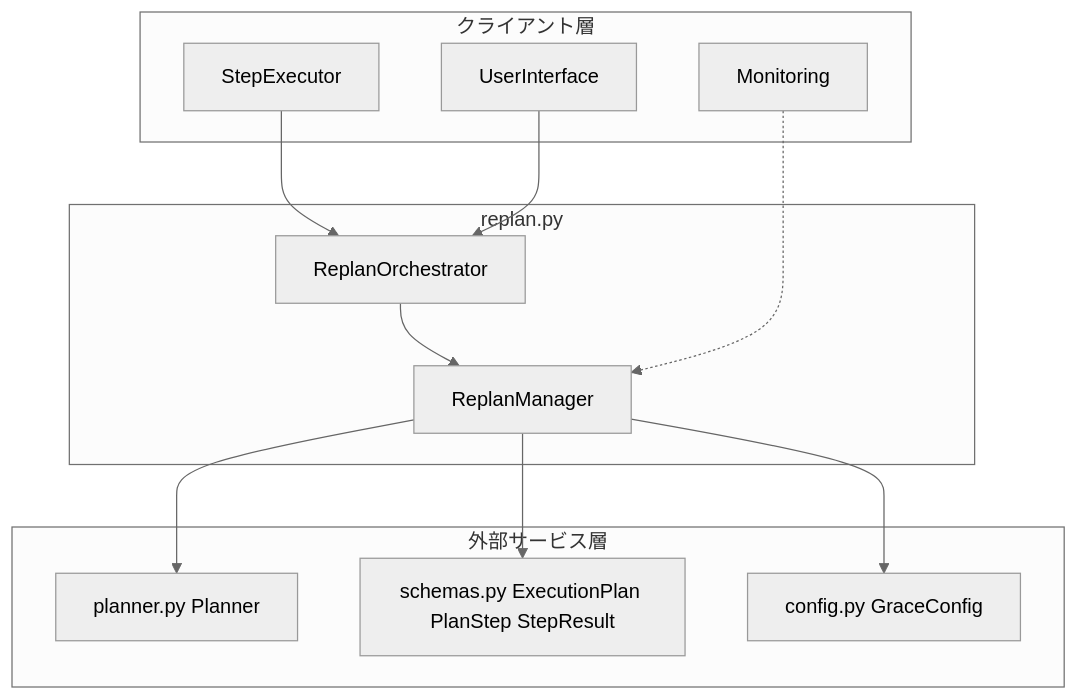
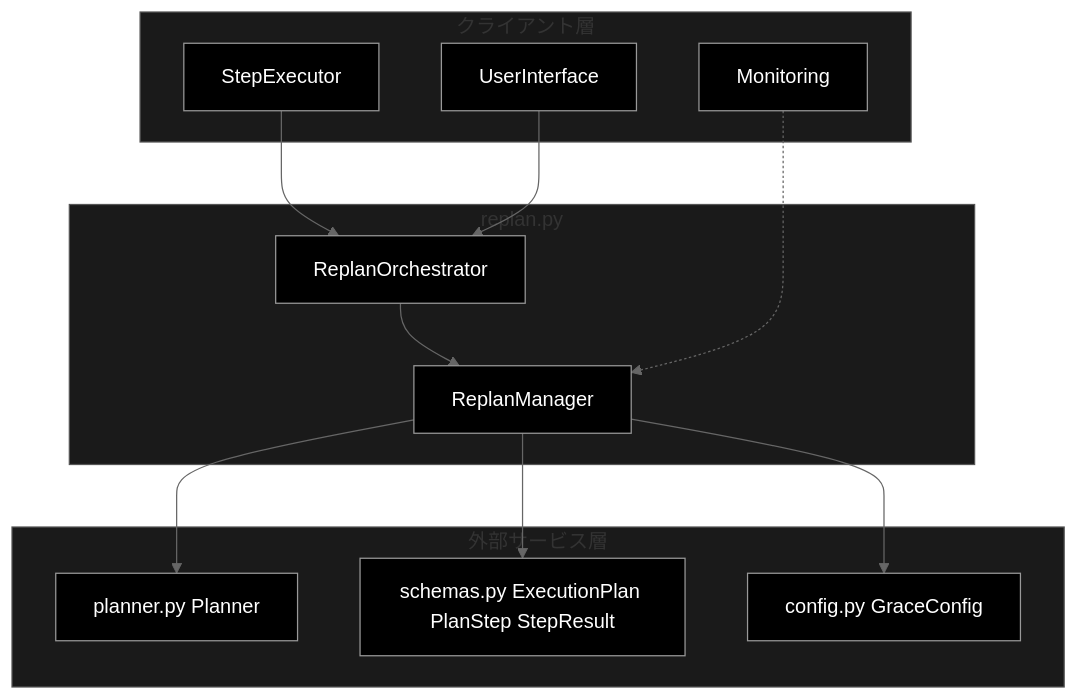
One commit to nakashima2toshio/anthropic_grace_agent changed the first of 3 diagrams in grace/doc/replan.md. Above: the diagram before and after it, drawn with Mermaid (neutral theme). The commit also changed other lines of this file and 18 other files, not shown here.

````diff
--- a/grace/doc/replan.md
+++ b/grace/doc/replan.md
@@ -71,27 +71,39 @@
 ```mermaid
 flowchart TB
     subgraph CLIENT["クライアント層"]
         EXECUTOR[StepExecutor]
         UI[UserInterface]
         MON[Monitoring]
     end
 
     subgraph MODULE["replan.py"]
         ORCH[ReplanOrchestrator]
         MGR[ReplanManager]
     end
 
     subgraph EXTERNAL["外部サービス層"]
         PLANNER_MOD["planner.py Planner"]
         SCHEMAS["schemas.py ExecutionPlan PlanStep StepResult"]
         CONFIG["config.py GraceConfig"]
     end
 
     ORCH --> MGR
     EXECUTOR --> ORCH
     UI --> ORCH
     MON -.-> MGR
     MGR --> PLANNER_MOD
     MGR --> SCHEMAS
     MGR --> CONFIG
+
+    style EXECUTOR fill:#000,color:#fff
+    style UI fill:#000,color:#fff
+    style MON fill:#000,color:#fff
+    style ORCH fill:#000,color:#fff
+    style MGR fill:#000,color:#fff
+    style PLANNER_MOD fill:#000,color:#fff
+    style SCHEMAS fill:#000,color:#fff
+    style CONFIG fill:#000,color:#fff
+    style CLIENT fill:#1a1a1a,stroke:#555
+    style MODULE fill:#1a1a1a,stroke:#555
+    style EXTERNAL fill:#1a1a1a,stroke:#555
 ```
````
